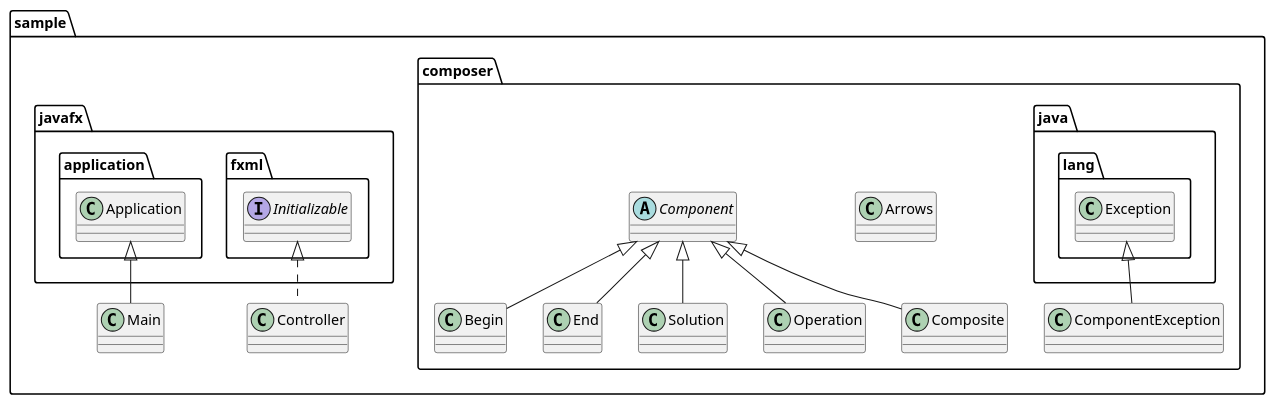
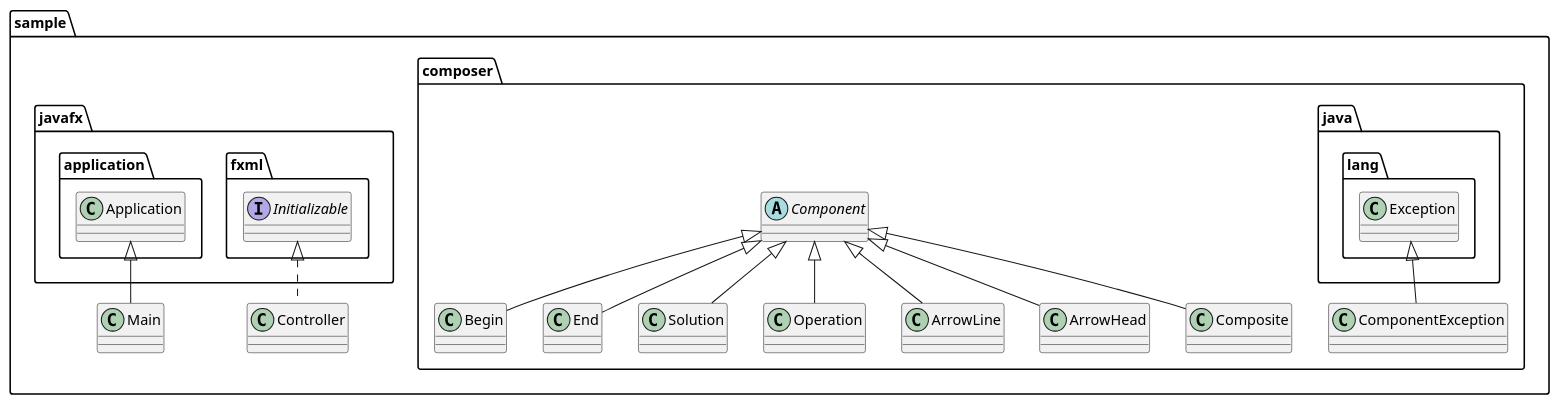
One commit to Aseev-Sergey/Composite changed the diagram in Class Diagram.puml. Above: the diagram before and after it, drawn with PlantUML. The commit also changed 24 other files, not shown here.

```diff
--- a/Class Diagram.puml
+++ b/Class Diagram.puml
@@ -1,18 +1,19 @@
 @startuml
 
 package sample <<Folder>>{
 package composer <<Folder>>{
-class Arrows
 class Begin extends Component
 class End extends Component
 class Solution extends Component
 class Operation extends Component
+class ArrowLine  extends Component
+class ArrowHead extends Component
 abstract class Component
 class ComponentException extends java.lang.Exception
 class Composite extends Component
 }
 class Main extends javafx.application.Application
 class Controller implements javafx.fxml.Initializable
 }
 
 @enduml
```
